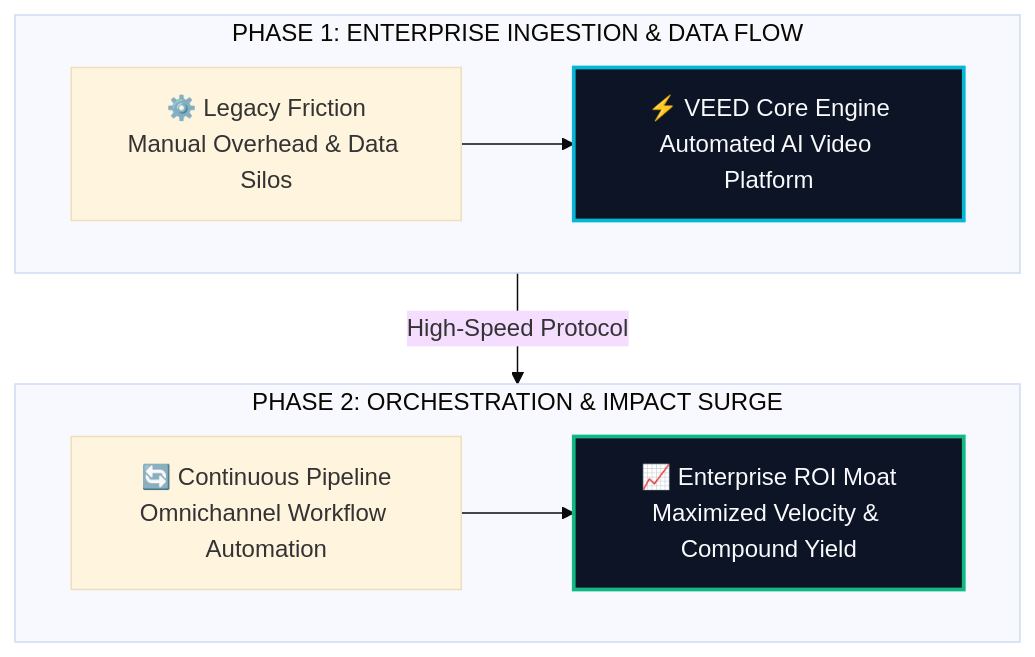
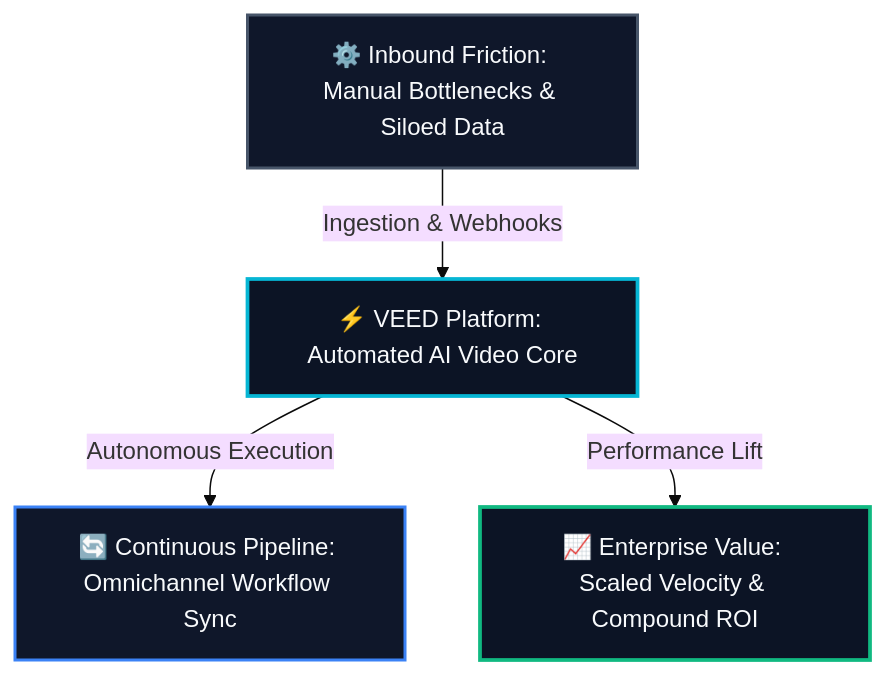
Before and after one commit to heliatech-media/saas-radar: the diagram in site/src/content/blog/veed-evolution-guide-2026.md, drawn with Mermaid (base theme). The commit also changed 93 other files, not shown here.

First line of the commit message:
fix(diagrams): resolve dagre-d3 subgraph collision by migrating to balanced 3-tier Hub & Spoke architecture

````diff
--- a/site/src/content/blog/veed-evolution-guide-2026.md
+++ b/site/src/content/blog/veed-evolution-guide-2026.md
@@ -53,14 +53,14 @@
 ```mermaid
 flowchart TD
-    subgraph S1["PHASE 1: ENTERPRISE INGESTION & DATA FLOW"]
-        direction LR
-        A["⚙️ Legacy Friction<br/>Manual Overhead & Data Silos"] --> B["⚡ VEED Core Engine<br/>Automated AI Video Platform"]
-    end
-    subgraph S2["PHASE 2: ORCHESTRATION & IMPACT SURGE"]
-        direction LR
-        C["🔄 Continuous Pipeline<br/>Omnichannel Workflow Automation"] --> D["📈 Enterprise ROI Moat<br/>Maximized Velocity & Compound Yield"]
-    end
-    S1 -->|High-Speed Protocol| S2
-    style B fill:#0c1425,stroke:#06b6d4,stroke-width:2.5px,color:#f8fafc
-    style D fill:#0c1425,stroke:#10b981,stroke-width:2.5px,color:#f8fafc
+    Inp["⚙️ Inbound Friction: Manual Bottlenecks & Siloed Data"]
+    Eng["⚡ VEED Platform: Automated AI Video Core"]
+    Out1["🔄 Continuous Pipeline: Omnichannel Workflow Sync"]
+    Out2["📈 Enterprise Value: Scaled Velocity & Compound ROI"]
+    Inp -->|Ingestion & Webhooks| Eng
+    Eng -->|Autonomous Execution| Out1
+    Eng -->|Performance Lift| Out2
+    style Inp fill:#0f172a,stroke:#475569,stroke-width:2px,color:#f8fafc
+    style Eng fill:#0c1425,stroke:#06b6d4,stroke-width:2.5px,color:#f8fafc
+    style Out1 fill:#0f172a,stroke:#3b82f6,stroke-width:2px,color:#f8fafc
+    style Out2 fill:#0c1425,stroke:#10b981,stroke-width:2.5px,color:#f8fafc
 ```
````
